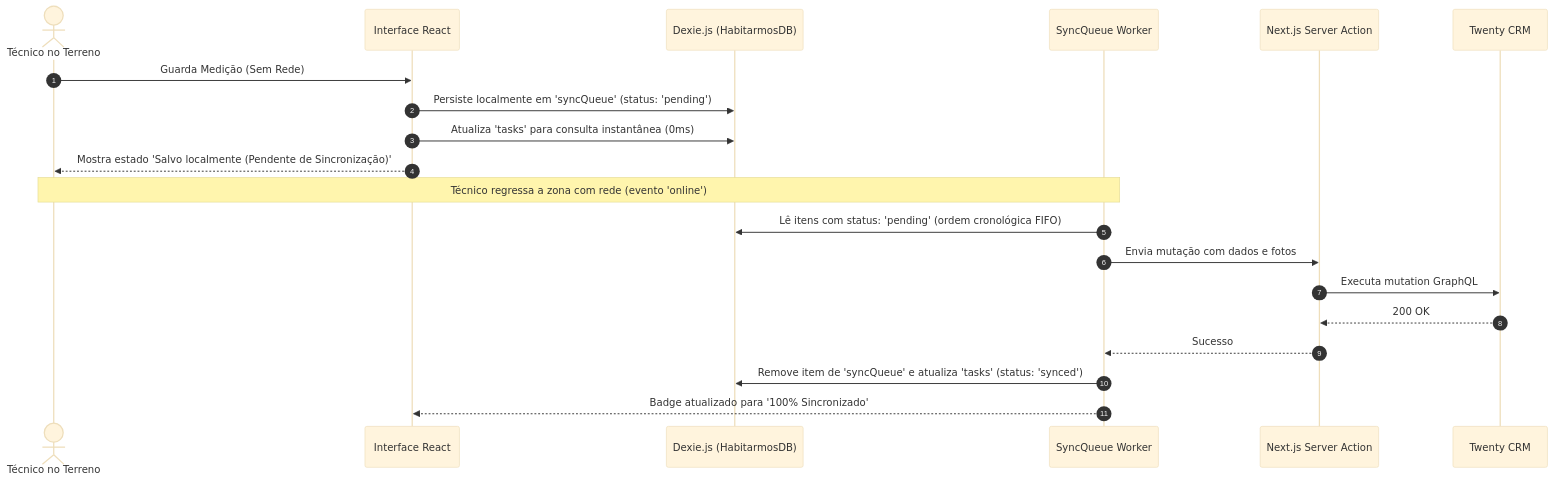
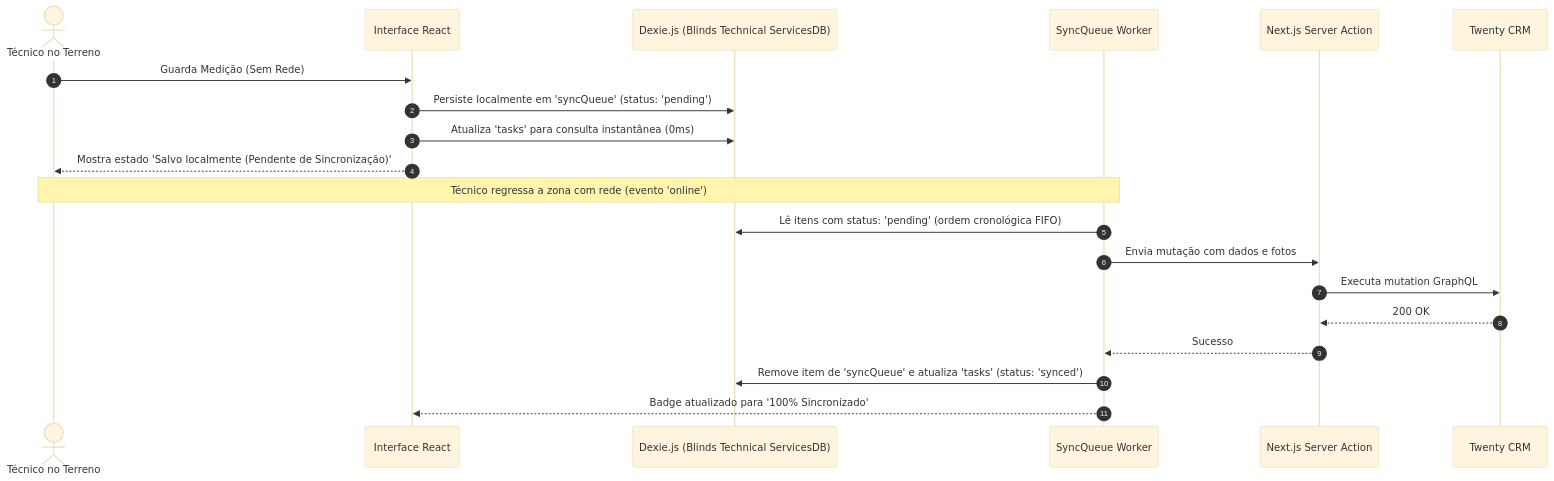
The sixth of 11 diagrams in ARCHITECTURE_MASTER_BLUEPRINT.md (alyekseyenko/services-blinds), drawn with Mermaid (base theme) before and after one commit. The commit also changed other lines of this file and 33 other files, not shown here.

````diff
--- a/ARCHITECTURE_MASTER_BLUEPRINT.md
+++ b/ARCHITECTURE_MASTER_BLUEPRINT.md
@@ -275,24 +275,24 @@
 ```mermaid
 sequenceDiagram
     autonumber
     actor Tech as Técnico no Terreno
     participant UI as Interface React
-    participant IDB as Dexie.js (HabitarmosDB)
+    participant IDB as Dexie.js (Blinds Technical ServicesDB)
     participant Sync as SyncQueue Worker
     participant Server as Next.js Server Action
     participant CRM as Twenty CRM
 
     Tech->>UI: Guarda Medição (Sem Rede)
     UI->>IDB: Persiste localmente em 'syncQueue' (status: 'pending')
     UI->>IDB: Atualiza 'tasks' para consulta instantânea (0ms)
     UI-->>Tech: Mostra estado 'Salvo localmente (Pendente de Sincronização)'
 
     Note over Tech,Sync: Técnico regressa a zona com rede (evento 'online')
     Sync->>IDB: Lê itens com status: 'pending' (ordem cronológica FIFO)
     Sync->>Server: Envia mutação com dados e fotos
     Server->>CRM: Executa mutation GraphQL
     CRM-->>Server: 200 OK
     Server-->>Sync: Sucesso
     Sync->>IDB: Remove item de 'syncQueue' e atualiza 'tasks' (status: 'synced')
     Sync-->>UI: Badge atualizado para '100% Sincronizado'
 ```
````
